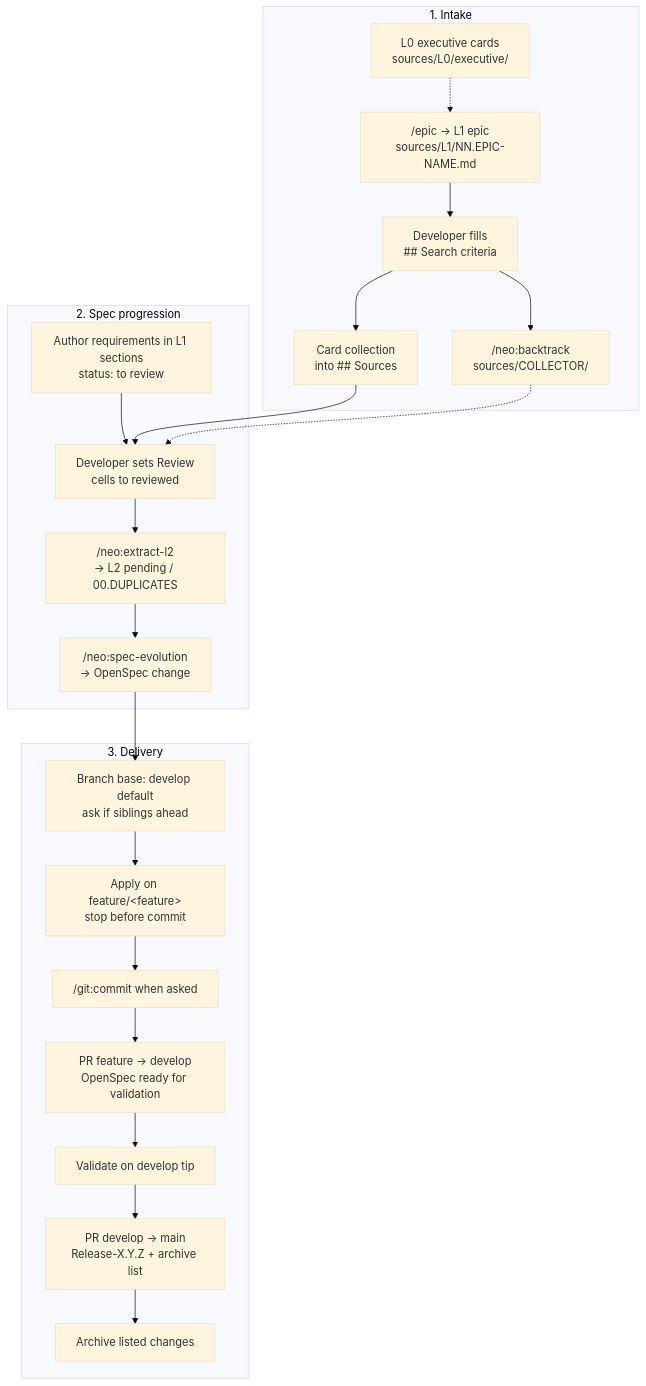
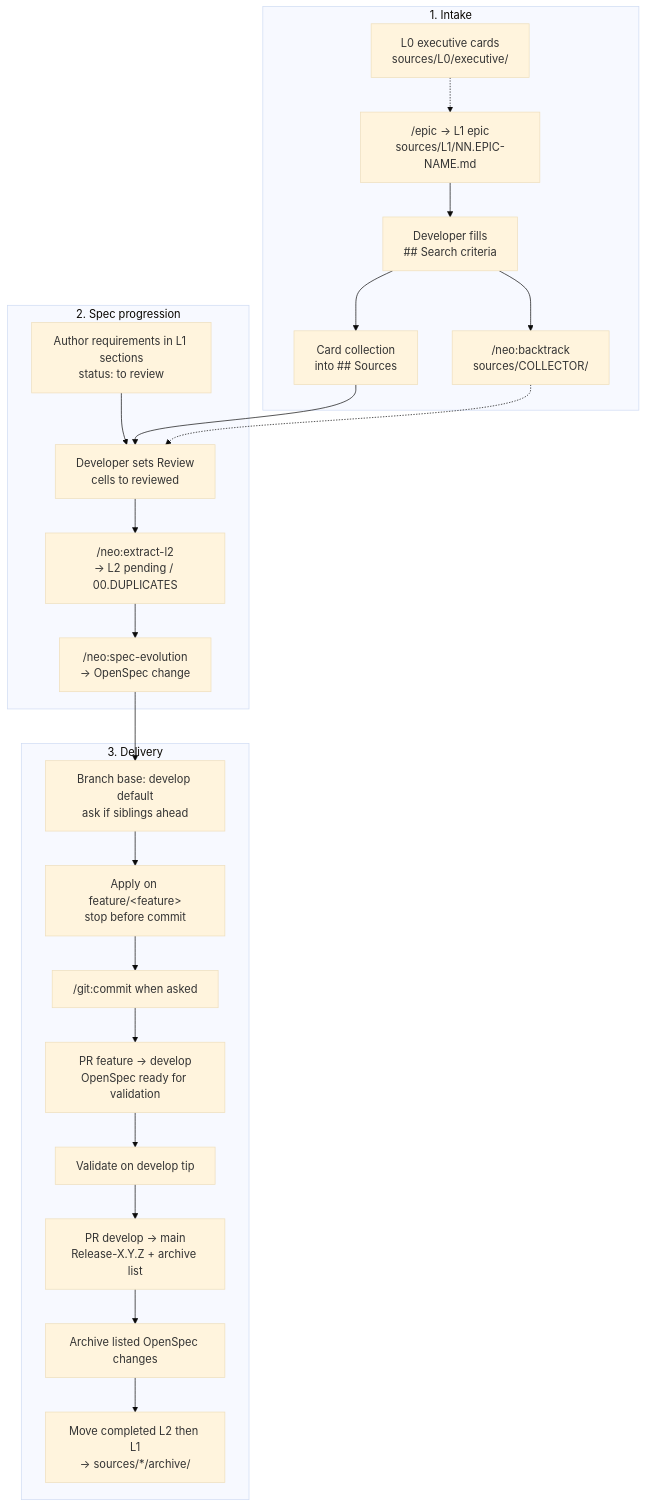
The first of 10 diagrams in .dsh/METHODOLOGY.md (AdamAntinoo/neocom-meta), drawn with Mermaid (base theme) before and after one commit. The commit also changed other lines of this file and 17 other files, not shown here.

First line of the commit message:
feat(meta): mark develop-validated OpenSpec changes as applied

````diff
--- a/.dsh/METHODOLOGY.md
+++ b/.dsh/METHODOLOGY.md
@@ -22,37 +22,38 @@
 ```mermaid
 flowchart TB
   subgraph intake["1. Intake"]
     L0["L0 executive cards<br/>sources/L0/executive/"]
     epic["/epic → L1 epic<br/>sources/L1/NN.EPIC-NAME.md"]
     criteria["Developer fills<br/>## Search criteria"]
     cards["Card collection<br/>into ## Sources"]
     backtrack["/neo:backtrack<br/>sources/COLLECTOR/"]
     L0 -.-> epic
     epic --> criteria
     criteria --> cards
     criteria --> backtrack
   end
 
   subgraph progression["2. Spec progression"]
     author["Author requirements in L1 sections<br/>status: to review"]
     review["Developer sets Review<br/>cells to reviewed"]
     extract["/neo:extract-l2<br/>→ L2 pending / 00.DUPLICATES"]
     evolve["/neo:spec-evolution<br/>→ OpenSpec change"]
     author --> review --> extract --> evolve
   end
 
   subgraph delivery["3. Delivery"]
     base["Branch base: develop default<br/>ask if siblings ahead"]
     apply["Apply on feature/&lt;feature&gt;<br/>stop before commit"]
     commit["/git:commit when asked"]
     prDev["PR feature → develop<br/>OpenSpec ready for validation"]
     val["Validate on develop tip"]
     prMain["PR develop → main<br/>Release-X.Y.Z + archive list"]
-    archive["Archive listed changes"]
-    base --> apply --> commit --> prDev --> val --> prMain --> archive
+    archive["Archive listed OpenSpec changes"]
+    srcArch["Move completed L2 then L1<br/>→ sources/*/archive/"]
+    base --> apply --> commit --> prDev --> val --> prMain --> archive --> srcArch
   end
 
   cards --> review
   backtrack -.-> review
   evolve --> base
 ```
````
